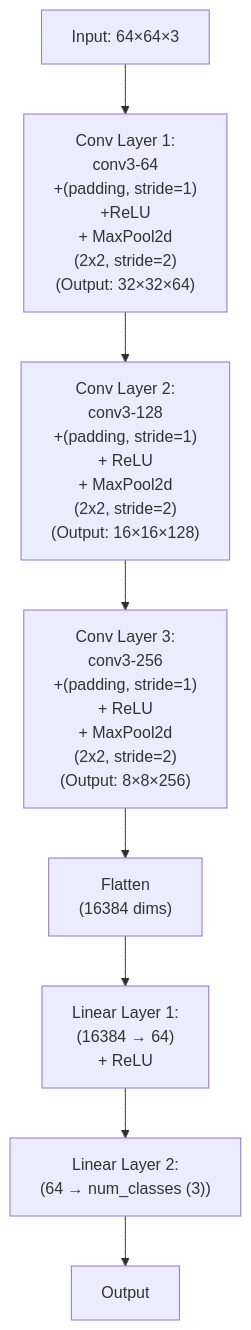
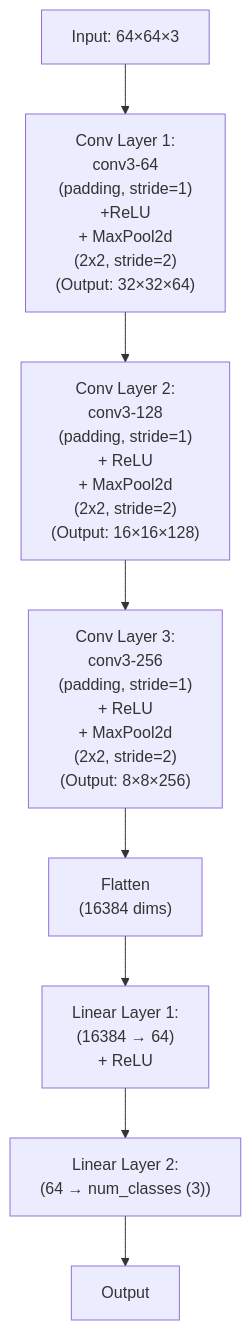
The second of 2 diagrams in README.md (Hannibal730/KONKUK-Univ_Autonomous-Driving-Competition), drawn with Mermaid before and after one commit. The commit also changed other lines of this file, not shown here.

````diff
--- a/README.md
+++ b/README.md
@@ -250,20 +193,20 @@
 ```mermaid
 flowchart TD
     A["Input: 64×64×3"]
-    B["Conv Layer 1:<br/>  conv3-64<br/>+(padding, stride=1)   <br/>+ReLU<br/>+ MaxPool2d<br/>(2x2, stride=2)<br/>(Output: 32×32×64)"]
-    C["Conv Layer 2:<br/>  conv3-128<br/>+(padding, stride=1)  <br/>+ ReLU<br/>+ MaxPool2d<br/>(2x2, stride=2)<br/>(Output: 16×16×128)"]
-    D["Conv Layer 3:<br/>  conv3-256<br/>+(padding, stride=1)    <br/>+ ReLU<br/>+ MaxPool2d<br/>(2x2, stride=2)<br/>(Output: 8×8×256)"]
+    B["Conv Layer 1:<br/>  conv3-64<br/>(padding, stride=1)   <br/>+ReLU<br/>+ MaxPool2d<br/>(2x2, stride=2)<br/>(Output: 32×32×64)"]
+    C["Conv Layer 2:<br/>  conv3-128<br/>(padding, stride=1)  <br/>+ ReLU<br/>+ MaxPool2d<br/>(2x2, stride=2)<br/>(Output: 16×16×128)"]
+    D["Conv Layer 3:<br/>  conv3-256<br/>(padding, stride=1)    <br/>+ ReLU<br/>+ MaxPool2d<br/>(2x2, stride=2)<br/>(Output: 8×8×256)"]
     E["Flatten<br/>(16384 dims)"]
     F["Linear Layer 1:<br/>(16384 → 64)<br/>+ ReLU"]
     G["Linear Layer 2:<br/>(64 → num_classes (3))"]
     H["Output"]
 
     A --> B
     B --> C
     C --> D
     D --> E
     E --> F
     F --> G
     G --> H
 
 ```
````
